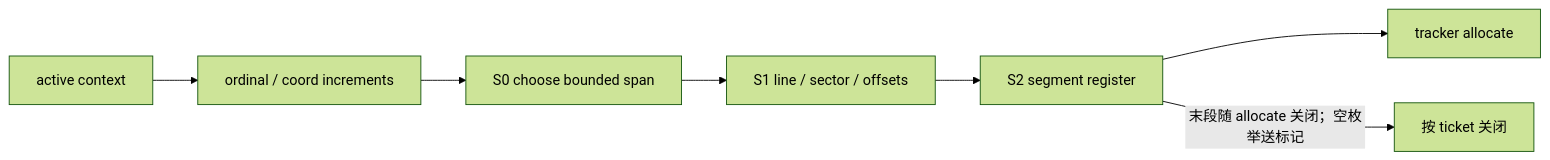
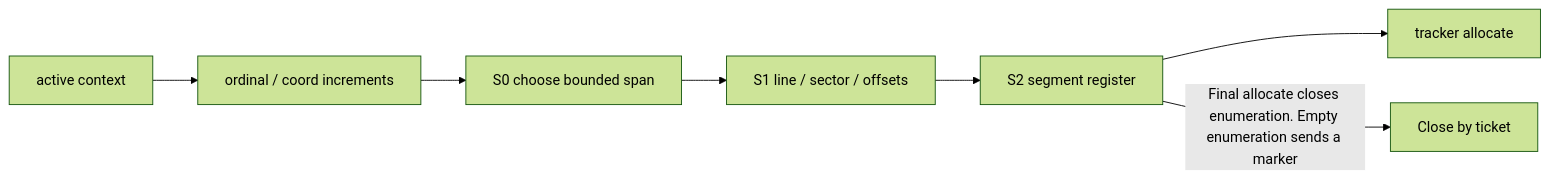
The diagram in doc/rtl_specs/tma/blackwell_tma_request_generator.md (yuhin777/Allegro), drawn with Mermaid (forest theme) before and after one commit. The commit also changed other lines of this file and 45 other files, not shown here.

````diff
--- a/doc/rtl_specs/tma/blackwell_tma_request_generator.md
+++ b/doc/rtl_specs/tma/blackwell_tma_request_generator.md
@@ -15,9 +15,9 @@
 ```mermaid
 flowchart LR
   C[active context] --> I[ordinal / coord increments]
   I --> S[S0 choose bounded span]
   S --> A[S1 line / sector / offsets]
   A --> P[S2 segment register]
   P --> T[tracker allocate]
-  P -->|末段随 allocate 关闭；空枚举送标记| G[按 ticket 关闭]
+  P -->|Final allocate closes enumeration. Empty enumeration sends a marker| G["Close by ticket"]
 ```
````
